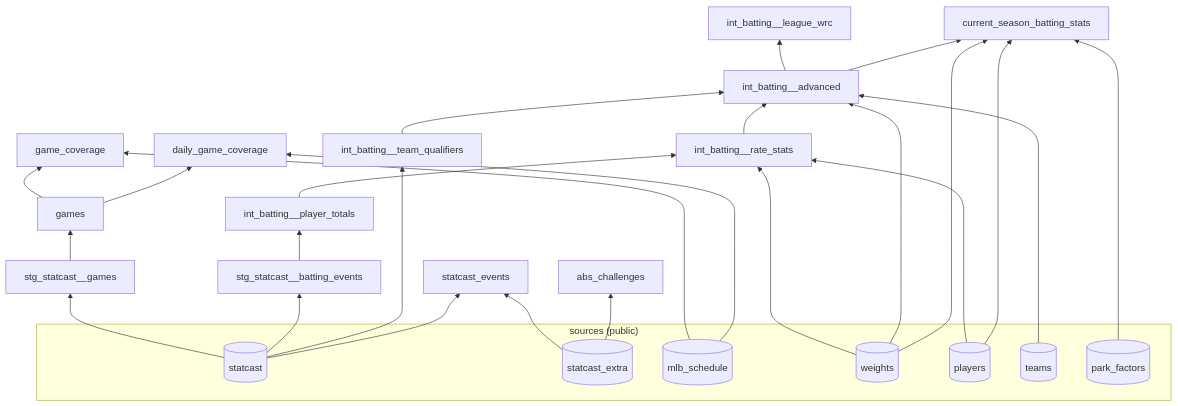
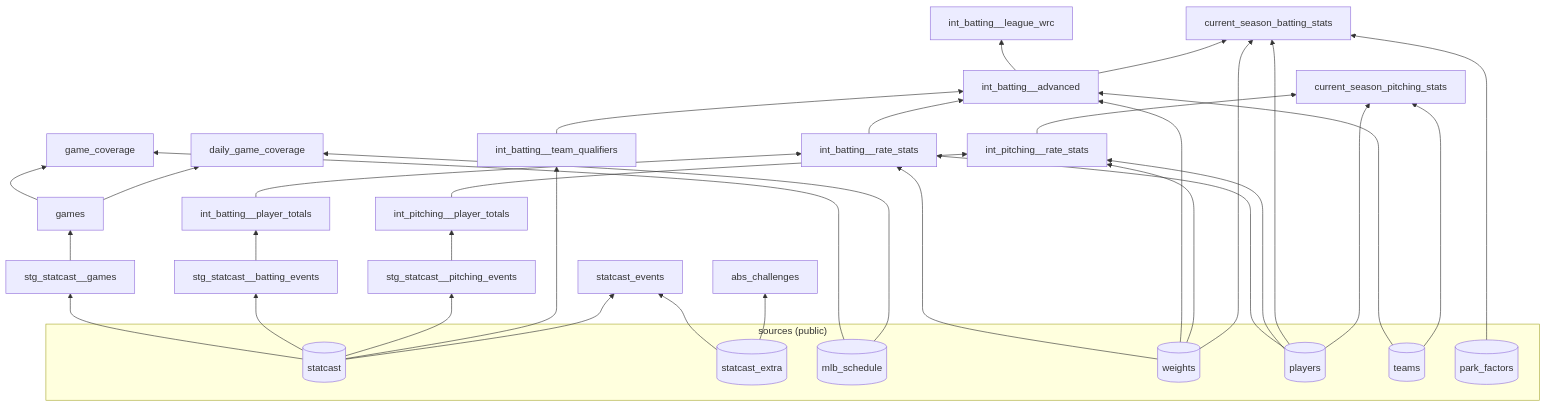
Before and after one commit to gurleen/sports-etl-scripts: the third of 3 diagrams in docs/lineage.md, drawn with Mermaid. The commit also changed 9 other files, not shown here.

Commit message:
feat(statcast): add current season pitching stats models and update related configurations

````diff
--- a/docs/lineage.md
+++ b/docs/lineage.md
@@ -115,46 +115,55 @@
 ```mermaid
 flowchart BT
   subgraph sources["sources (public)"]
     statcast[(statcast)]
     extra[(statcast_extra)]
     schedule[(mlb_schedule)]
     weights[(weights)]
     players[(players)]
     teams[(teams)]
     park[(park_factors)]
   end
 
   stg_games[stg_statcast__games]
   stg_bat[stg_statcast__batting_events]
+  stg_pit[stg_statcast__pitching_events]
   games[games]
   game_cov[game_coverage]
   daily_cov[daily_game_coverage]
   events[statcast_events]
   abs[abs_challenges]
   int_tot[int_batting__player_totals]
   int_rate[int_batting__rate_stats]
   int_adv[int_batting__advanced]
   int_lrc[int_batting__league_wrc]
   int_tq[int_batting__team_qualifiers]
   batting[current_season_batting_stats]
+  int_pit_tot[int_pitching__player_totals]
+  int_pit_rate[int_pitching__rate_stats]
+  pitching[current_season_pitching_stats]
 
   statcast --> stg_games --> games
   statcast --> stg_bat --> int_tot --> int_rate --> int_adv
+  statcast --> stg_pit --> int_pit_tot --> int_pit_rate --> pitching
   int_adv --> int_lrc
   int_adv --> batting
   statcast --> int_tq --> int_adv
   weights --> int_rate
   weights --> int_adv
+  weights --> int_pit_rate
   weights --> batting
   players --> int_rate
+  players --> int_pit_rate
   players --> batting
+  players --> pitching
   teams --> int_adv
+  teams --> pitching
   park --> batting
   games --> game_cov
   schedule --> game_cov
   games --> daily_cov
   schedule --> daily_cov
   statcast --> events
   extra --> events
   extra --> abs
 ```
````
